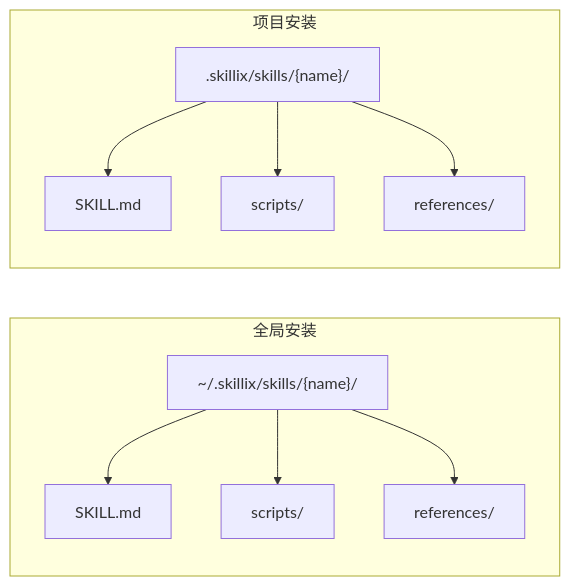
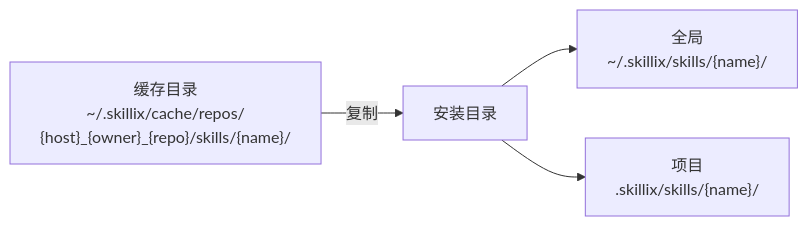
One commit to shetengteng/skillix-mcp changed the fifth of 25 diagrams in docs/02-设计/20260114-10-sx-market设计.md. Above: the diagram before and after it, drawn with Mermaid. The commit also changed other lines of this file, not shown here.

````diff
--- a/docs/02-设计/20260114-10-sx-market设计.md
+++ b/docs/02-设计/20260114-10-sx-market设计.md
@@ -359,16 +268,8 @@
 ```mermaid
 flowchart LR
-    subgraph 全局安装
-        A["~/.skillix/skills/{name}/"]
-        A --> A1["SKILL.md"]
-        A --> A2["scripts/"]
-        A --> A3["references/"]
-    end
+    A["缓存目录<br/>~/.skillix/cache/repos/<br/>{host}_{owner}_{repo}/skills/{name}/"] 
+    -->|复制| B["安装目录"]
     
-    subgraph 项目安装
-        B[".skillix/skills/{name}/"]
-        B --> B1["SKILL.md"]
-        B --> B2["scripts/"]
-        B --> B3["references/"]
-    end
+    B --> B1["全局<br/>~/.skillix/skills/{name}/"]
+    B --> B2["项目<br/>.skillix/skills/{name}/"]
 ```
````
